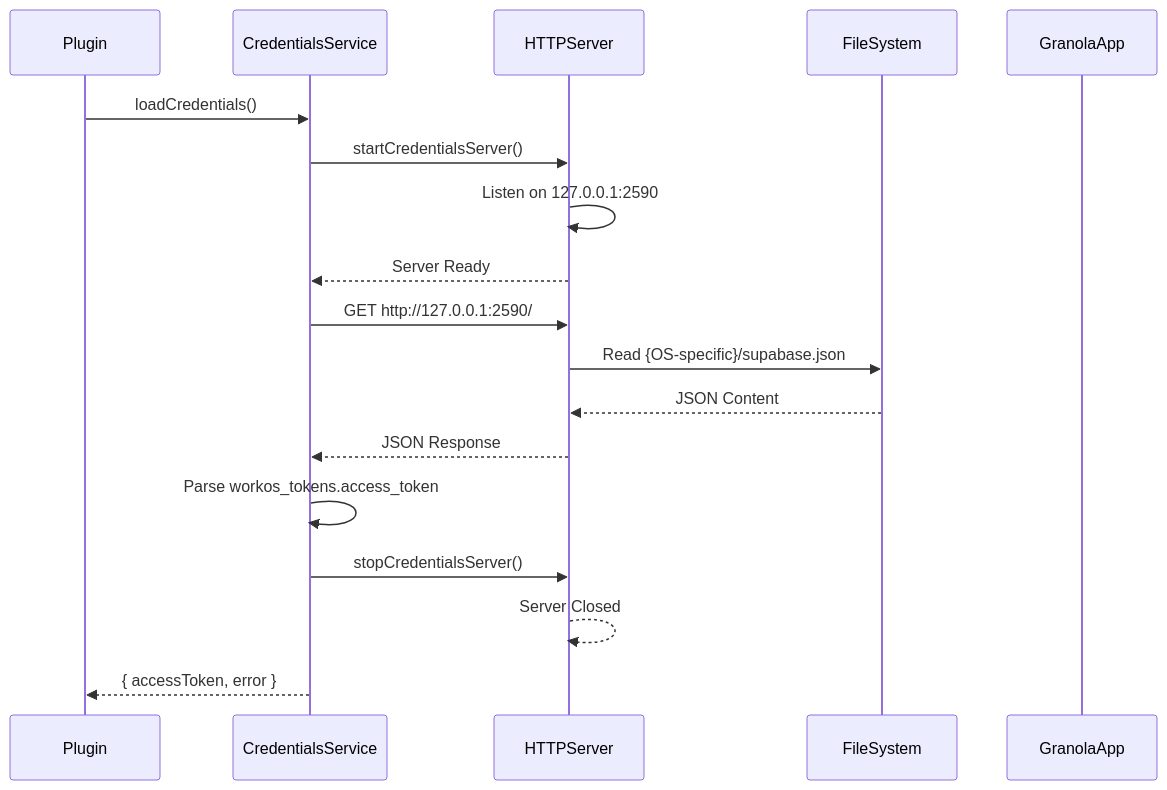
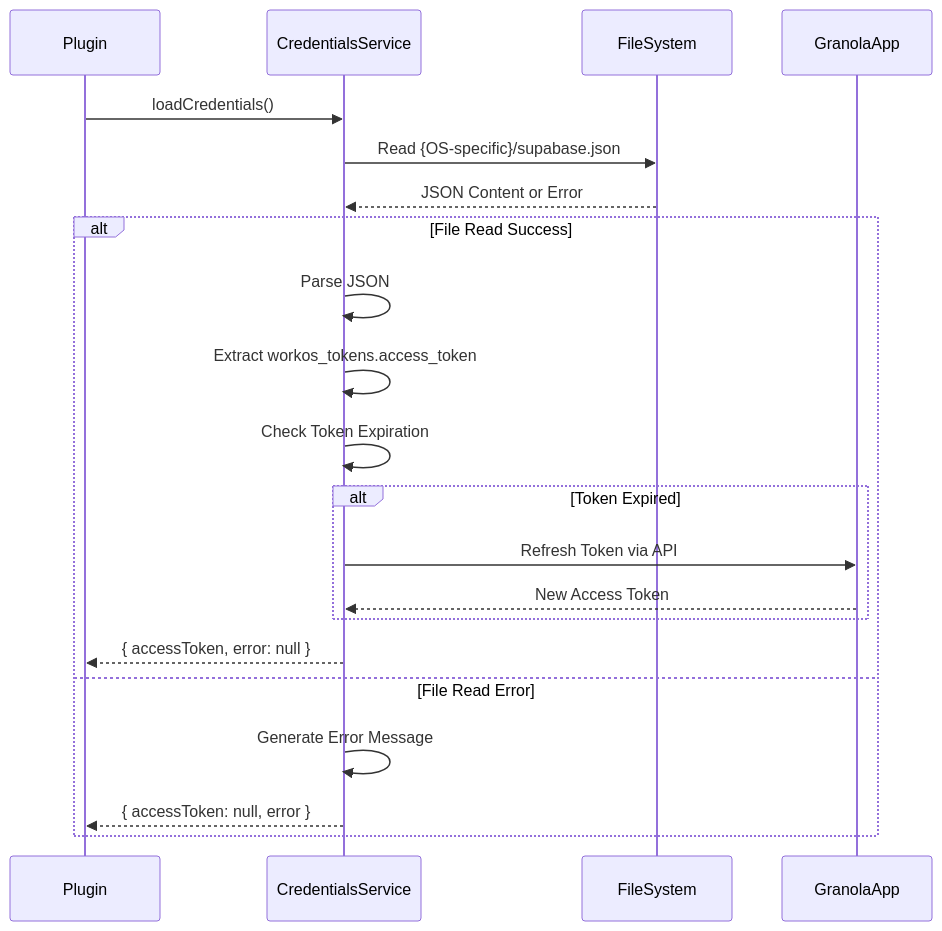
Before and after one commit to tomelliot/obsidian-granola-sync: the second of 7 diagrams in docs/sync-process.md, drawn with Mermaid. The commit also changed other lines of this file and 13 other files, not shown here.

````diff
--- a/docs/sync-process.md
+++ b/docs/sync-process.md
@@ -38,23 +38,25 @@
 ```mermaid
 sequenceDiagram
     participant Plugin
     participant CredentialsService
-    participant HTTPServer
     participant FileSystem
     participant GranolaApp
 
     Plugin->>CredentialsService: loadCredentials()
-    CredentialsService->>HTTPServer: startCredentialsServer()
-    HTTPServer->>HTTPServer: Listen on 127.0.0.1:2590
-    HTTPServer-->>CredentialsService: Server Ready
-
-    CredentialsService->>HTTPServer: GET http://127.0.0.1:2590/
-    HTTPServer->>FileSystem: Read {OS-specific}/supabase.json
-    FileSystem-->>HTTPServer: JSON Content
-    HTTPServer-->>CredentialsService: JSON Response
-
-    CredentialsService->>CredentialsService: Parse workos_tokens.access_token
-    CredentialsService->>HTTPServer: stopCredentialsServer()
-    HTTPServer-->>HTTPServer: Server Closed
-    CredentialsService-->>Plugin: { accessToken, error }
+    CredentialsService->>FileSystem: Read {OS-specific}/supabase.json
+    FileSystem-->>CredentialsService: JSON Content or Error
+    
+    alt File Read Success
+        CredentialsService->>CredentialsService: Parse JSON
+        CredentialsService->>CredentialsService: Extract workos_tokens.access_token
+        CredentialsService->>CredentialsService: Check Token Expiration
+        alt Token Expired
+            CredentialsService->>GranolaApp: Refresh Token via API
+            GranolaApp-->>CredentialsService: New Access Token
+        end
+        CredentialsService-->>Plugin: { accessToken, error: null }
+    else File Read Error
+        CredentialsService->>CredentialsService: Generate Error Message
+        CredentialsService-->>Plugin: { accessToken: null, error }
+    end
 ```
````
